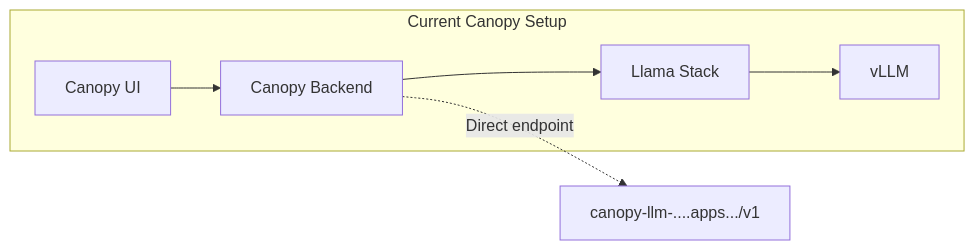
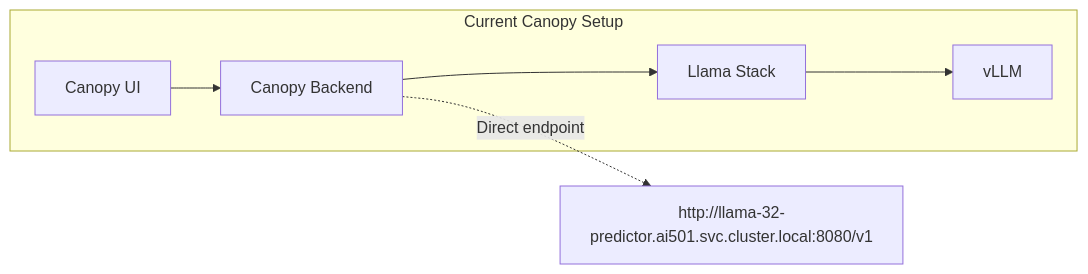
One commit to vladi-rh/rhoai-genaiops-lab-instructions changed the first of 3 diagrams in docs/11-maas/6-canopy-integration.md. Above: the diagram before and after it, drawn with Mermaid. The commit also changed other lines of this file and 6 other files, not shown here.

````diff
--- a/docs/11-maas/6-canopy-integration.md
+++ b/docs/11-maas/6-canopy-integration.md
@@ -24,9 +24,9 @@
 ```mermaid
 flowchart LR
     subgraph Current["Current Canopy Setup"]
         UI[Canopy UI] --> BE[Canopy Backend]
         BE --> LS[Llama Stack]
         LS --> VLLM[vLLM]
     end
-    BE -. Direct endpoint .-> NOTE["canopy-llm-....apps.../v1"]
+    BE -. Direct endpoint .-> NOTE["http://llama-32-predictor.ai501.svc.cluster.local:8080/v1"]
 ```
````
